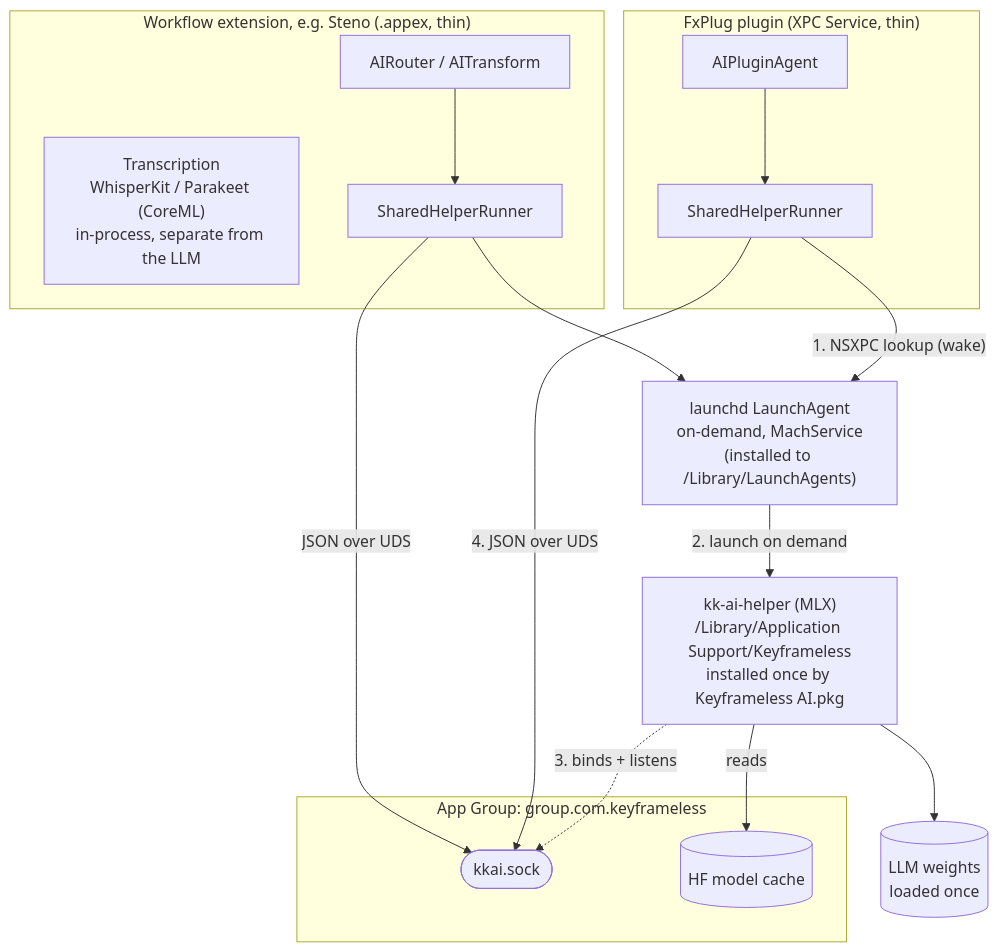
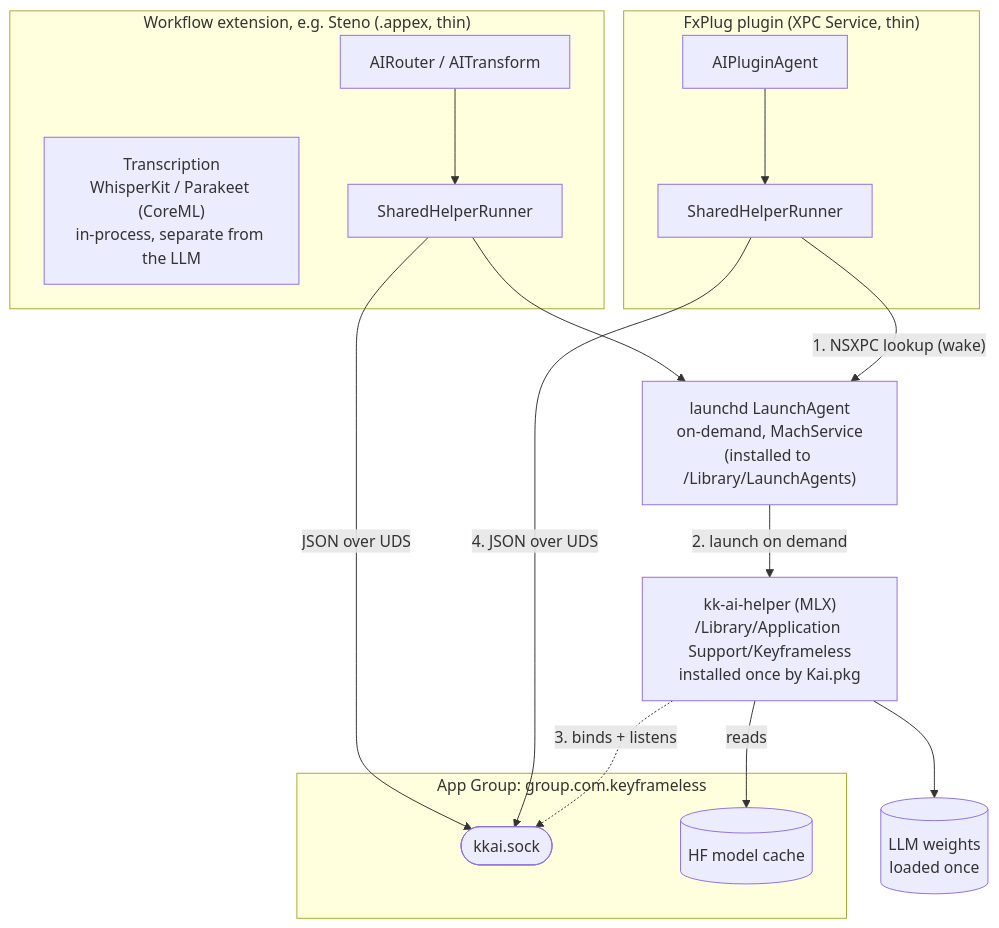
Before and after one commit to overpolish/keyframeless: the diagram in KeyframelessAI/README.md, drawn with Mermaid. The commit also changed other lines of this file and 42 other files, not shown here.

Commit message:
refactor(KeyframelessAI): rebrand to Kai

````diff
--- a/KeyframelessAI/README.md
+++ b/KeyframelessAI/README.md
@@ -21,28 +21,28 @@
 ```mermaid
 flowchart TB
     subgraph plugin ["FxPlug plugin (XPC Service, thin)"]
         PA["AIPluginAgent"] --> SHR["SharedHelperRunner"]
     end
     subgraph ext ["Workflow extension, e.g. Steno (.appex, thin)"]
         TR["Transcription<br/>WhisperKit / Parakeet (CoreML)<br/>in-process, separate from the LLM"]
         AX["AIRouter / AITransform"] --> SHR2["SharedHelperRunner"]
     end
 
     LA["launchd LaunchAgent<br/>on-demand, MachService<br/>(installed to /Library/LaunchAgents)"]
-    HELPER["kk-ai-helper (MLX)<br/>/Library/Application Support/Keyframeless<br/>installed once by Keyframeless AI.pkg"]
+    HELPER["kk-ai-helper (MLX)<br/>/Library/Application Support/Keyframeless<br/>installed once by Kai.pkg"]
 
     subgraph group ["App Group: group.com.keyframeless"]
         SOCK(["kkai.sock"])
         CACHE[("HF model cache")]
     end
     MODEL[("LLM weights<br/>loaded once")]
 
     SHR -->|"1. NSXPC lookup (wake)"| LA
     SHR2 --> LA
     LA -->|"2. launch on demand"| HELPER
     HELPER -.->|"3. binds + listens"| SOCK
     SHR -->|"4. JSON over UDS"| SOCK
     SHR2 -->|JSON over UDS| SOCK
     HELPER --> MODEL
     HELPER -->|reads| CACHE
 ```
````
